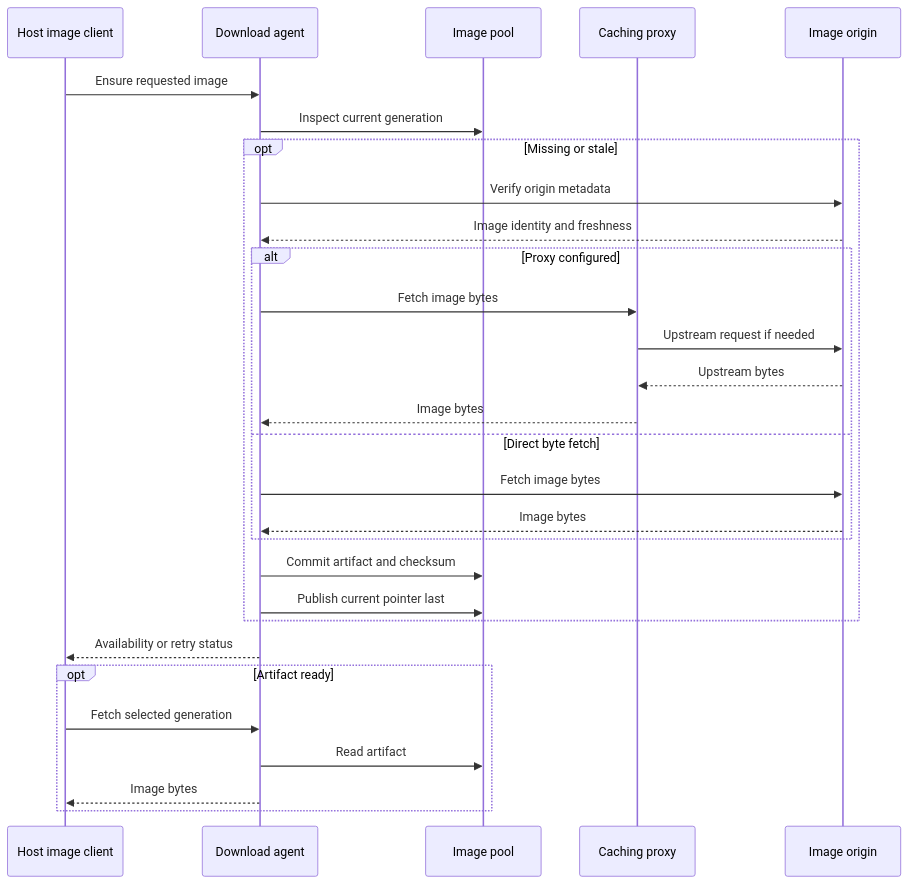
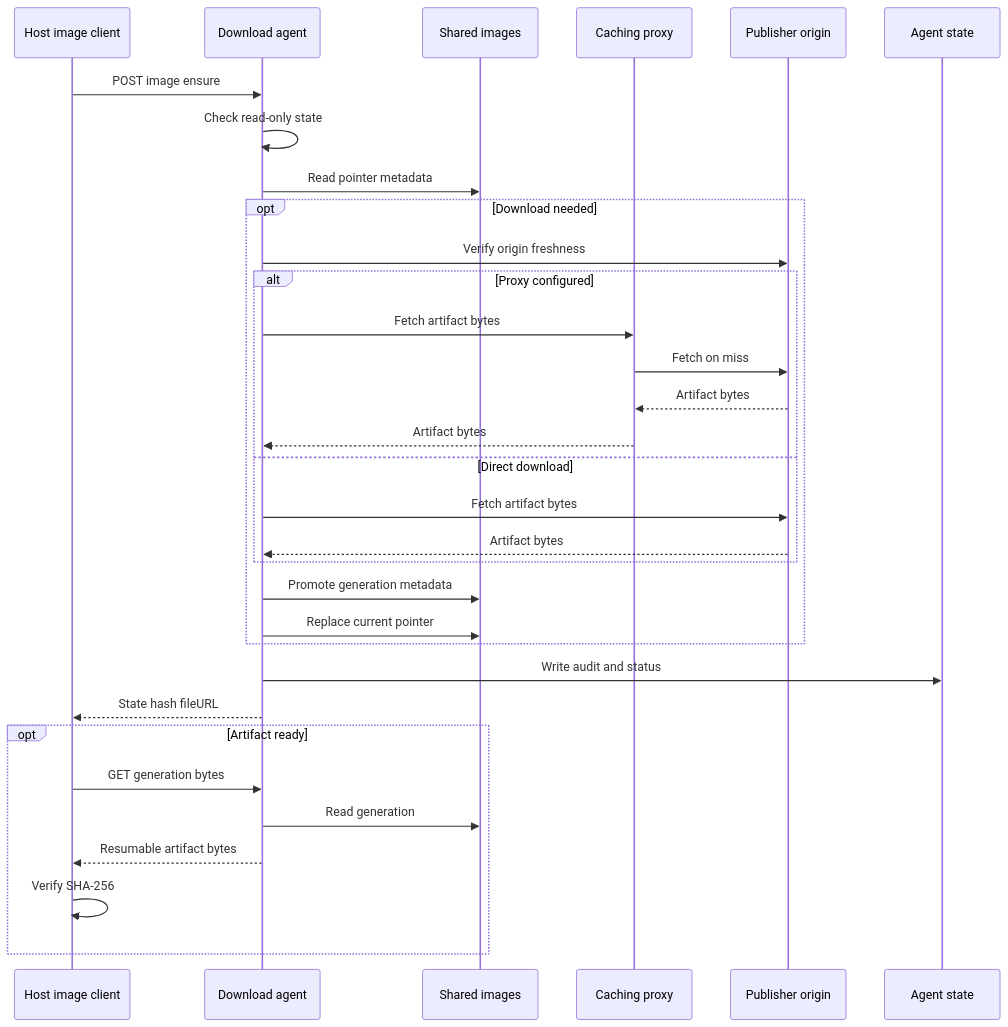
The seventh of 8 diagrams in docs/design/03-data-flows.md (alissonsol/yuruna), drawn with Mermaid before and after one commit. The commit also changed other lines of this file and 1343 other files, not shown here.

````diff
--- a/docs/design/03-data-flows.md
+++ b/docs/design/03-data-flows.md
@@ -225,32 +207,34 @@
 ```mermaid
 sequenceDiagram
-    participant yuruna-downloadagent-psm1 as Host image client
+    participant yuruna-download-agent-psm1 as Host image client
     participant download-agent-service as Download agent
-    participant images as Image pool
+    participant images as Shared images
     participant caching-proxy-service as Caching proxy
-    participant image-origin as Image origin
-    yuruna-downloadagent-psm1->>download-agent-service: Ensure requested image
-    download-agent-service->>images: Inspect current generation
-    opt Missing or stale
-        download-agent-service->>image-origin: Verify origin metadata
-        image-origin-->>download-agent-service: Image identity and freshness
+    participant origin as Publisher origin
+    participant download-agent-service-state as Agent state
+    yuruna-download-agent-psm1->>download-agent-service: POST image ensure
+    download-agent-service->>download-agent-service: Check read-only state
+    download-agent-service->>images: Read pointer metadata
+    opt Download needed
+        download-agent-service->>origin: Verify origin freshness
         alt Proxy configured
-            %% optional: proxy settings select the cache-capable byte path.
-            download-agent-service->>caching-proxy-service: Fetch image bytes
-            caching-proxy-service->>image-origin: Upstream request if needed
-            image-origin-->>caching-proxy-service: Upstream bytes
-            caching-proxy-service-->>download-agent-service: Image bytes
-        else Direct byte fetch
-            download-agent-service->>image-origin: Fetch image bytes
-            image-origin-->>download-agent-service: Image bytes
+            download-agent-service->>caching-proxy-service: Fetch artifact bytes
+            caching-proxy-service->>origin: Fetch on miss
+            origin-->>caching-proxy-service: Artifact bytes
+            caching-proxy-service-->>download-agent-service: Artifact bytes
+        else Direct download
+            download-agent-service->>origin: Fetch artifact bytes
+            origin-->>download-agent-service: Artifact bytes
         end
-        download-agent-service->>images: Commit artifact and checksum
-        download-agent-service->>images: Publish current pointer last
+        download-agent-service->>images: Promote generation metadata
+        download-agent-service->>images: Replace current pointer
     end
-    download-agent-service-->>yuruna-downloadagent-psm1: Availability or retry status
+    download-agent-service->>download-agent-service-state: Write audit and status
+    download-agent-service-->>yuruna-download-agent-psm1: State hash fileURL
     opt Artifact ready
-        yuruna-downloadagent-psm1->>download-agent-service: Fetch selected generation
-        download-agent-service->>images: Read artifact
-        download-agent-service-->>yuruna-downloadagent-psm1: Image bytes
+        yuruna-download-agent-psm1->>download-agent-service: GET generation bytes
+        download-agent-service->>images: Read generation
+        download-agent-service-->>yuruna-download-agent-psm1: Resumable artifact bytes
+        yuruna-download-agent-psm1->>yuruna-download-agent-psm1: Verify SHA-256
     end
 ```
````
